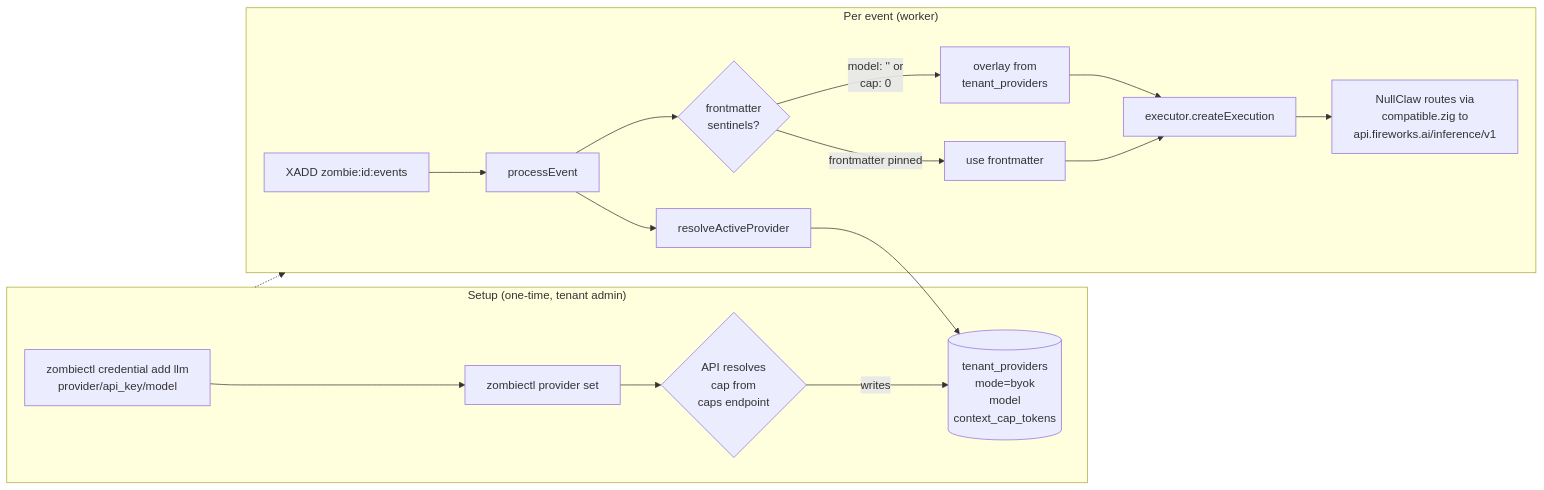
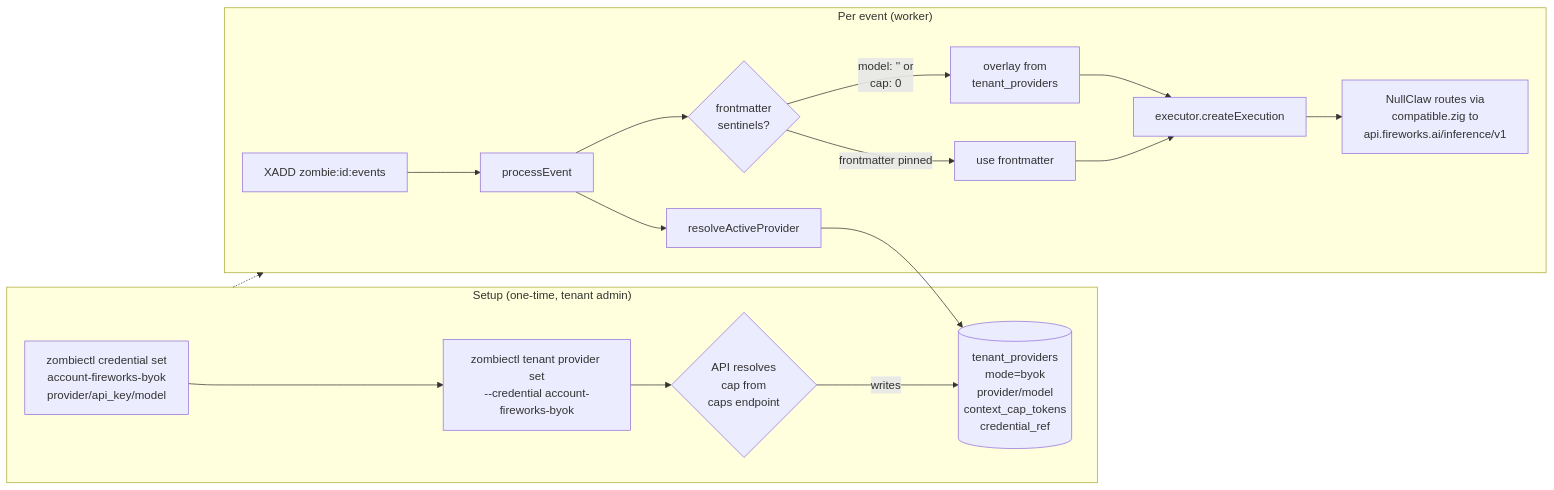
Before and after one commit to usezombie/usezombie: the diagram in docs/architecture/scenarios/02_byok.md, drawn with Mermaid. The commit also changed other lines of this file and 6 other files, not shown here.

````diff
--- a/docs/architecture/scenarios/02_byok.md
+++ b/docs/architecture/scenarios/02_byok.md
@@ -25,20 +23,20 @@
 ```mermaid
 flowchart LR
     subgraph Setup["Setup (one-time, tenant admin)"]
-        A[zombiectl credential add llm<br/>provider/api_key/model] --> B[zombiectl provider set]
+        A[zombiectl credential set<br/>account-fireworks-byok<br/>provider/api_key/model] --> B[zombiectl tenant provider set<br/>--credential account-fireworks-byok]
         B --> C{API resolves<br/>cap from<br/>caps endpoint}
-        C -->|writes| D[(tenant_providers<br/>mode=byok<br/>model<br/>context_cap_tokens)]
+        C -->|writes| D[(tenant_providers<br/>mode=byok<br/>provider/model<br/>context_cap_tokens<br/>credential_ref)]
     end
     subgraph Trigger["Per event (worker)"]
         E[XADD zombie:id:events] --> F[processEvent]
         F --> G[resolveActiveProvider]
         G --> D
         F --> H{frontmatter<br/>sentinels?}
         H -->|model: '' or<br/>cap: 0| I[overlay from<br/>tenant_providers]
         H -->|frontmatter pinned| J[use frontmatter]
         I --> K[executor.createExecution]
         J --> K
         K --> L[NullClaw routes via<br/>compatible.zig to<br/>api.fireworks.ai/inference/v1]
     end
     Setup -.-> Trigger
 ```
````
